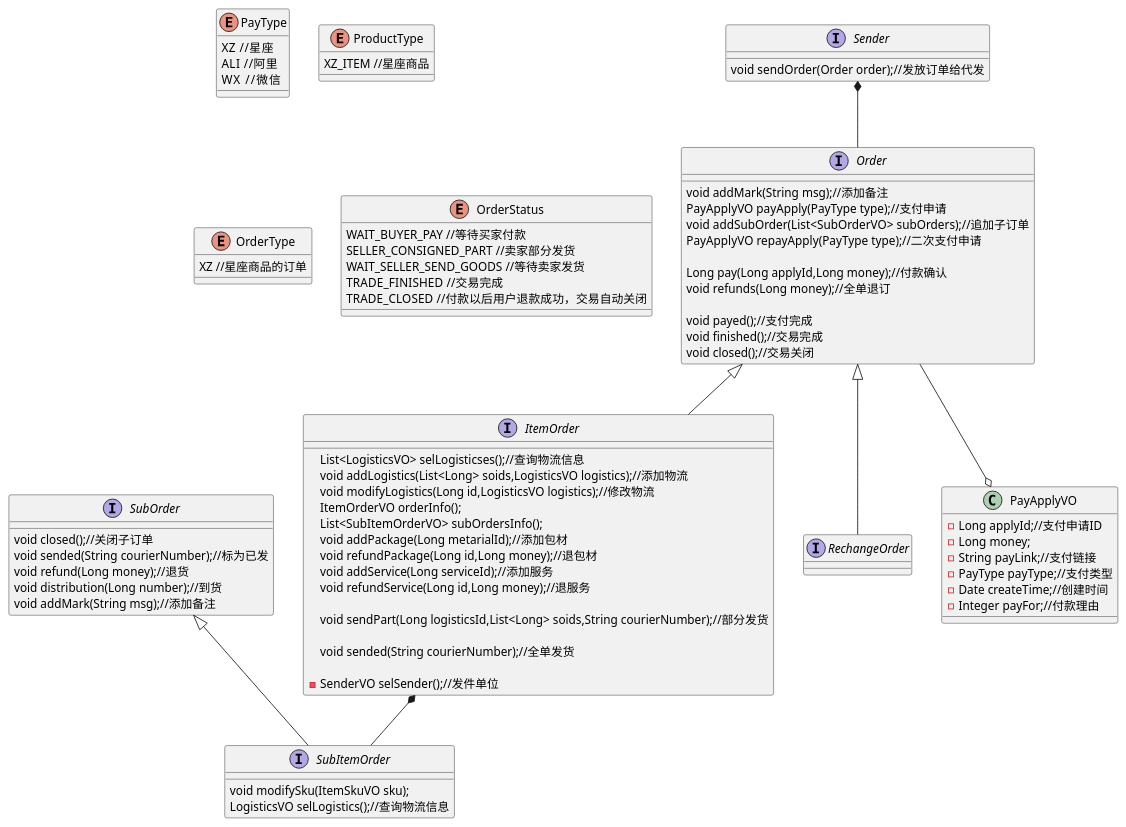
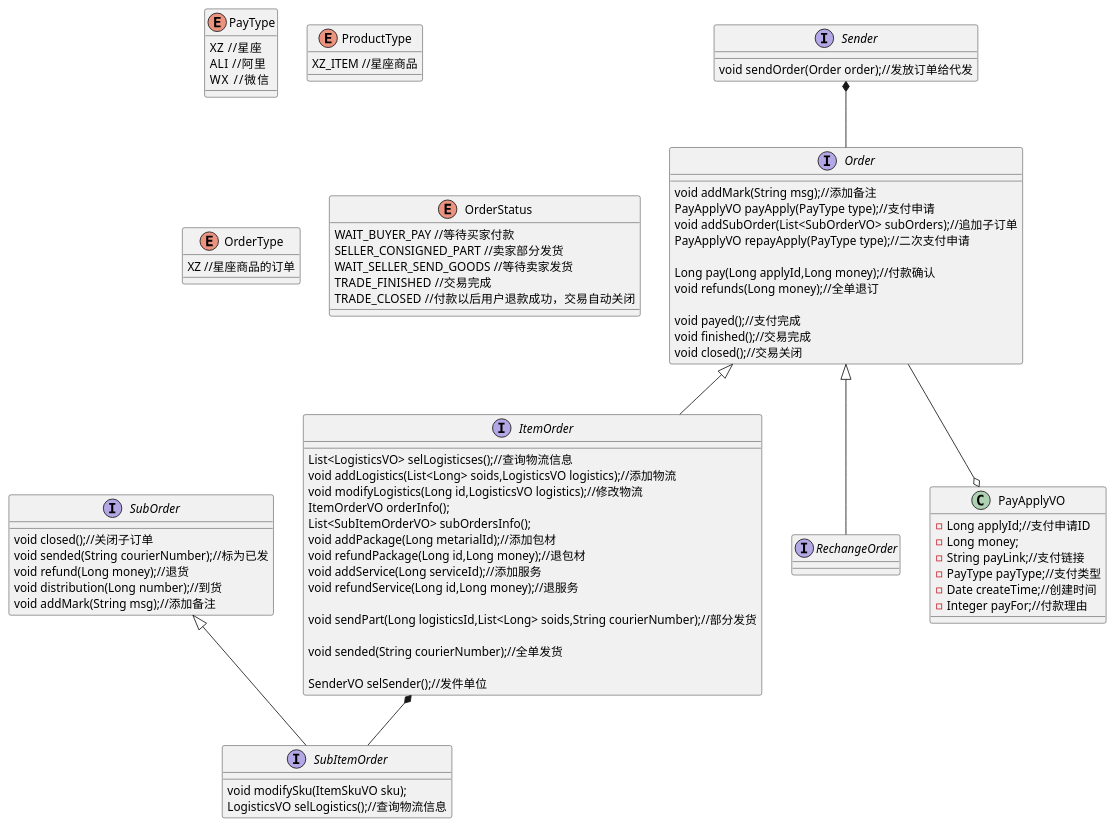
The diagram in main4-order/main4-order-api/src/main/resources/orderClass.puml (pogy/main-pom), drawn with PlantUML before and after one commit. The commit also changed 7 other files, not shown here.

```diff
--- a/main4-order/main4-order-api/src/main/resources/orderClass.puml
+++ b/main4-order/main4-order-api/src/main/resources/orderClass.puml
@@ -1,100 +1,100 @@
 @startuml
 enum PayType{
 XZ  //星座
 ALI  //阿里
 WX   //微信
 }
 
 interface Order{
 void addMark(String msg);//添加备注
 PayApplyVO payApply(PayType type);//支付申请
 void addSubOrder(List<SubOrderVO> subOrders);//追加子订单
 PayApplyVO repayApply(PayType type);//二次支付申请
 
 Long pay(Long applyId,Long money);//付款确认
 void refunds(Long money);//全单退订
 
 void payed();//支付完成
 void finished();//交易完成
 void closed();//交易关闭
 }
 
 interface ItemOrder{
 List<LogisticsVO> selLogisticses();//查询物流信息
 void addLogistics(List<Long> soids,LogisticsVO logistics);//添加物流
 void modifyLogistics(Long id,LogisticsVO logistics);//修改物流
 ItemOrderVO orderInfo();
 List<SubItemOrderVO> subOrdersInfo();
 void addPackage(Long metarialId);//添加包材
 void refundPackage(Long id,Long money);//退包材
 void addService(Long serviceId);//添加服务
 void refundService(Long id,Long money);//退服务
 
 void sendPart(Long logisticsId,List<Long> soids,String courierNumber);//部分发货
 
 void sended(String courierNumber);//全单发货
 
--SenderVO selSender();//发件单位
+SenderVO selSender();//发件单位
 }
 
 interface RechangeOrder{
 
 }
 
 interface SubOrder{
 void closed();//关闭子订单
 void sended(String courierNumber);//标为已发
 void refund(Long money);//退货
 void distribution(Long number);//到货
 void addMark(String msg);//添加备注
 }
 
 interface SubItemOrder{
 void modifySku(ItemSkuVO sku);
 LogisticsVO selLogistics();//查询物流信息
 }
 
 interface Sender{
 void sendOrder(Order order);//发放订单给代发
 }
 
 enum ProductType{
 XZ_ITEM //星座商品
 
 }
 
 enum OrderType{
 XZ //星座商品的订单
 
 }
 
 enum OrderStatus{
 WAIT_BUYER_PAY //等待买家付款
 SELLER_CONSIGNED_PART //卖家部分发货
 WAIT_SELLER_SEND_GOODS //等待卖家发货
 TRADE_FINISHED  //交易完成
 TRADE_CLOSED  //付款以后用户退款成功，交易自动关闭
 
 }
 
 
 
 class PayApplyVO{
 -Long applyId;//支付申请ID
 -Long money;
 -String payLink;//支付链接
 -PayType payType;//支付类型
 -Date createTime;//创建时间
 -Integer payFor;//付款理由
 }
 
 SubOrder <|-- SubItemOrder
 Order <|-- ItemOrder
 Order <|-- RechangeOrder
 ItemOrder *-- SubItemOrder
 Sender *-- Order
 
 Order --o PayApplyVO
 
 
 @enduml
```
